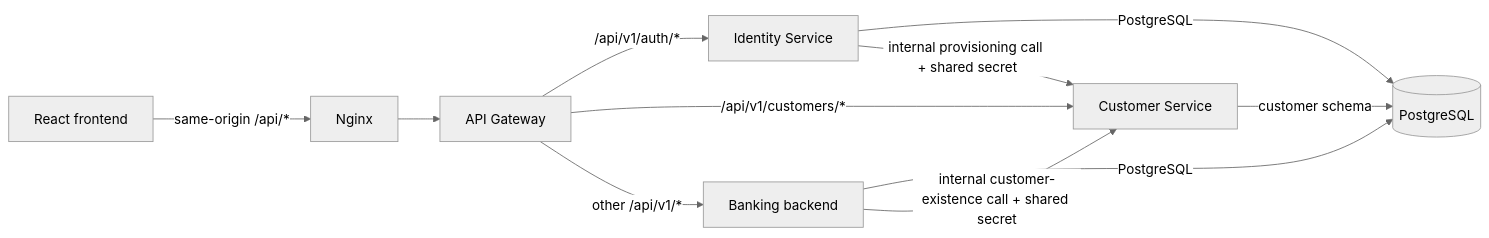
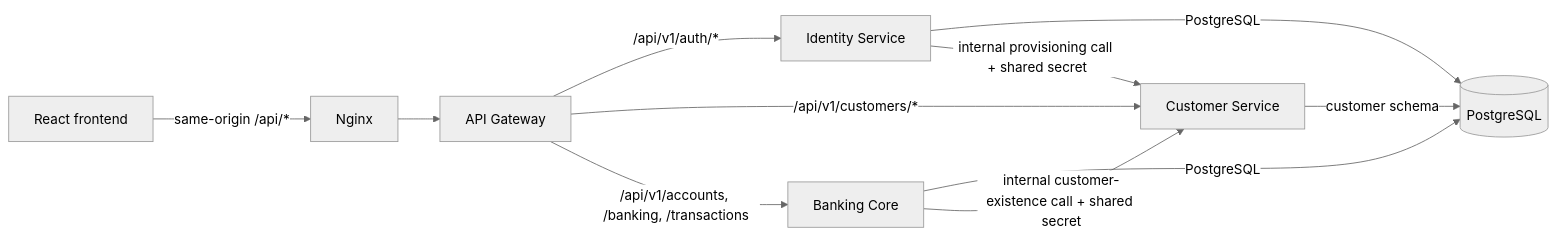
The first of 2 diagrams in docs/architecture.md (santhosh-1974/event-source-ledger), drawn with Mermaid (neutral theme) before and after one commit. The commit also changed other lines of this file and 16 other files, not shown here.

Commit message:
feat: establish Banking Core API boundary

````diff
--- a/docs/architecture.md
+++ b/docs/architecture.md
@@ -23,13 +23,13 @@
 ```mermaid
 flowchart LR
     Browser[React frontend] -->|same-origin /api/*| Nginx
     Nginx --> Gateway[API Gateway]
     Gateway -->|/api/v1/auth/*| Identity[Identity Service]
     Gateway -->|/api/v1/customers/*| Customer[Customer Service]
-    Gateway -->|other /api/v1/*| Banking[Banking backend]
+    Gateway -->|/api/v1/accounts, /banking, /transactions| Banking[Banking Core]
     Identity -->|PostgreSQL| DB[(PostgreSQL)]
     Banking -->|PostgreSQL| DB
     Customer -->|customer schema| DB
     Identity -->|internal provisioning call + shared secret| Customer
     Banking -->|internal customer-existence call + shared secret| Customer
 ```
````
